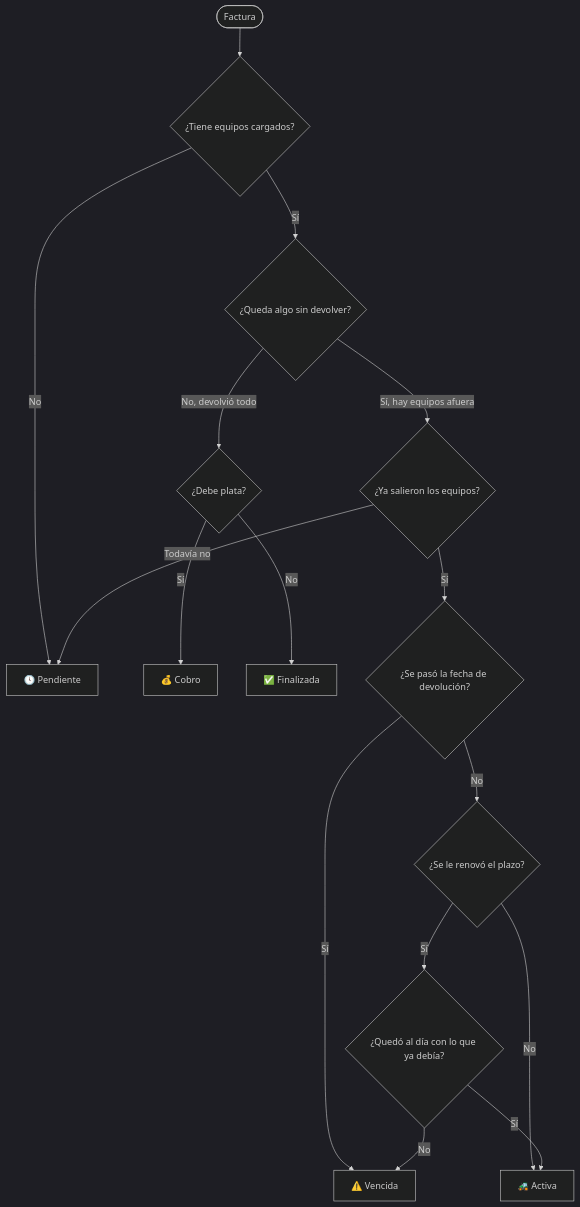
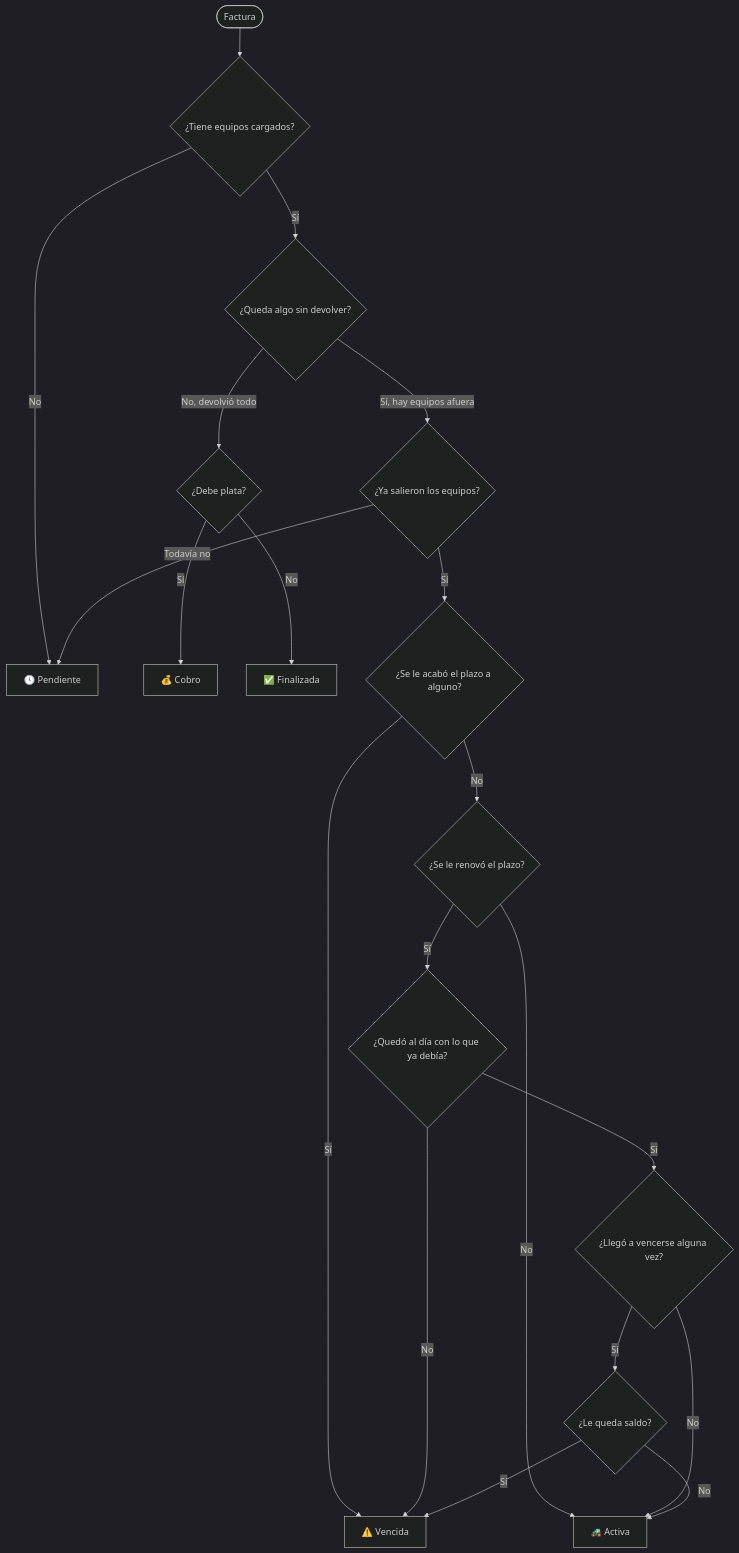
Before and after one commit to hrking31/ferrequiposdelacosta: the second of 3 diagrams in README.md, drawn with Mermaid (dark theme). The commit also changed other lines of this file, not shown here.

````diff
--- a/README.md
+++ b/README.md
@@ -189,18 +189,22 @@
 ```mermaid
 flowchart TD
     A([Factura]) --> B{"¿Tiene equipos cargados?"}
     B -->|No| PEN["🕓 Pendiente"]
     B -->|Sí| C{"¿Queda algo sin devolver?"}
     C -->|"No, devolvió todo"| D{"¿Debe plata?"}
     D -->|Sí| COB["💰 Cobro"]
     D -->|No| FIN["✅ Finalizada"]
     C -->|"Sí, hay equipos afuera"| E{"¿Ya salieron los equipos?"}
     E -->|"Todavía no"| PEN
-    E -->|Sí| F{"¿Se pasó la fecha de devolución?"}
+    E -->|Sí| F{"¿Se le acabó el plazo a alguno?"}
     F -->|Sí| VEN["⚠️ Vencida"]
     F -->|No| G{"¿Se le renovó el plazo?"}
     G -->|No| ACT["🚜 Activa"]
     G -->|Sí| H{"¿Quedó al día con lo que ya debía?"}
-    H -->|Sí| ACT
     H -->|No| VEN
+    H -->|Sí| I{"¿Llegó a vencerse alguna vez?"}
+    I -->|No| ACT
+    I -->|Sí| J{"¿Le queda saldo?"}
+    J -->|Sí| VEN
+    J -->|No| ACT
 ```
````
